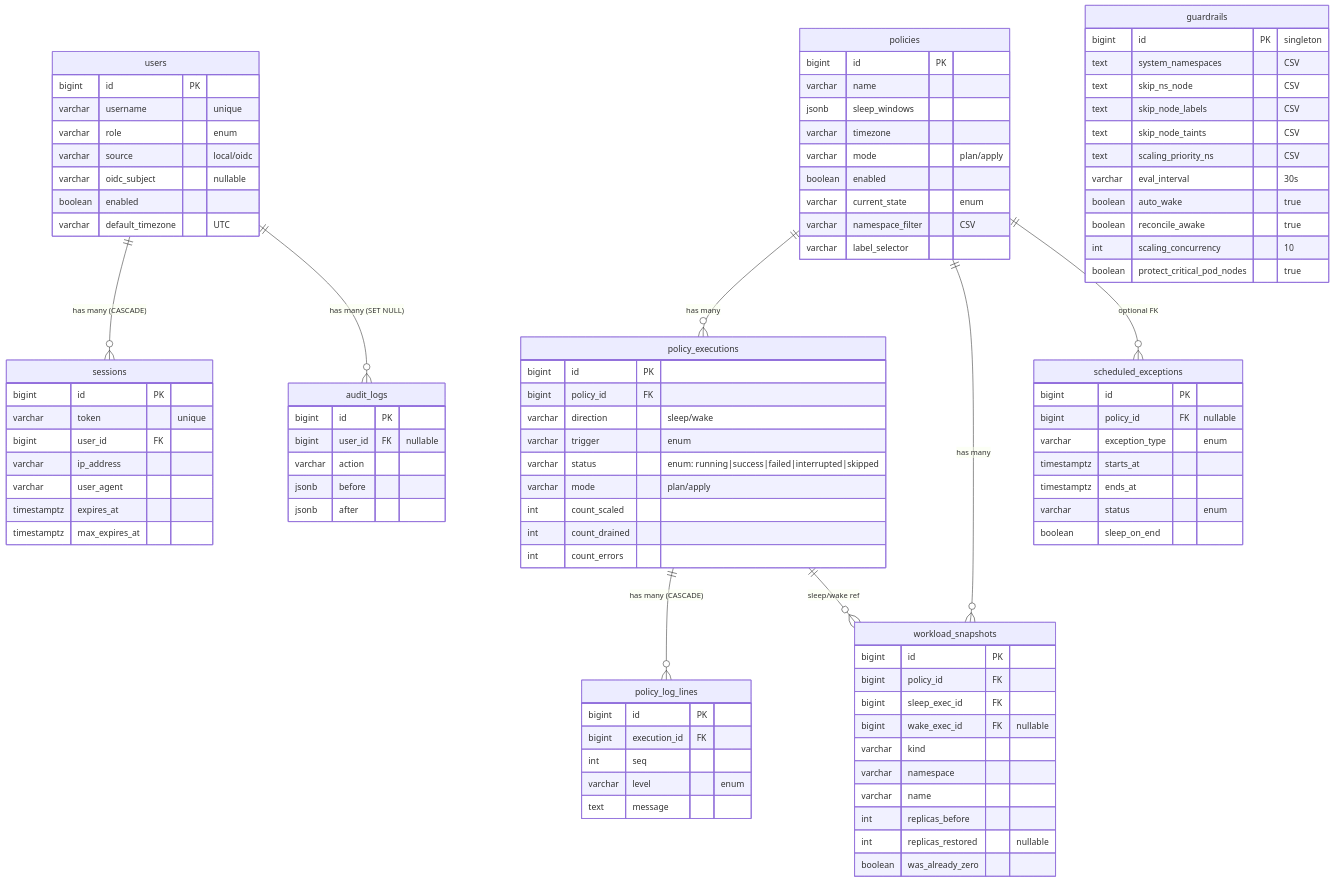
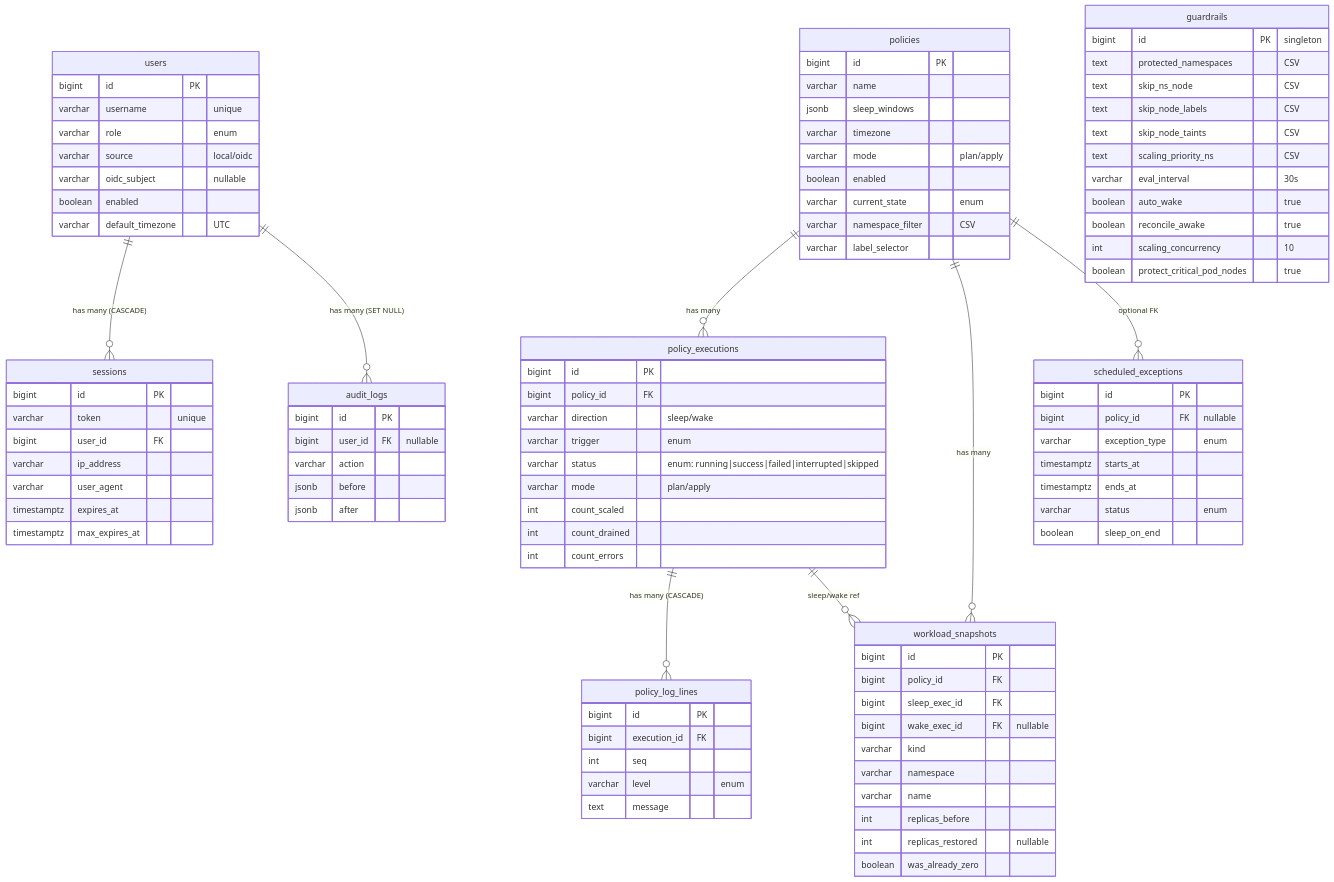
Before and after one commit to MacXsimilian/kube-phoenix: the second of 2 diagrams in ARCHITECTURE.md, drawn with Mermaid. The commit also changed 22 other files, not shown here.

```diff
--- a/ARCHITECTURE.md
+++ b/ARCHITECTURE.md
@@ -278,7 +278,7 @@
 
     guardrails {
         bigint id PK "singleton"
-        text system_namespaces "CSV"
+        text protected_namespaces "CSV"
         text skip_ns_node "CSV"
         text skip_node_labels "CSV"
         text skip_node_taints "CSV"
```
